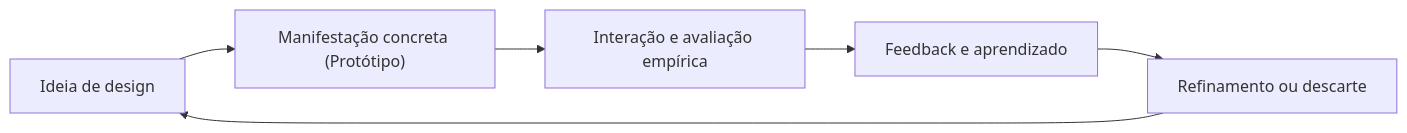
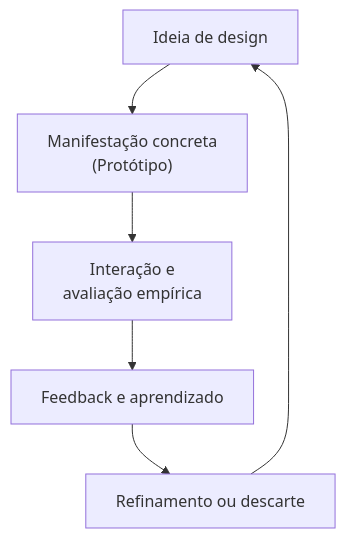
One commit to leorruas/puc changed the first of 3 diagrams in 08. Design de Interacao/13. Prototipagem de sistemas interativos - fidelidade, dimensão, wireframe, mockup e storyboard.md. Above: the diagram before and after it, drawn with Mermaid. The commit also changed other lines of this file and 8 other files, not shown here.

Commit message:
style(mermaid): refactor diagrams to vertical TD flow and add Mermaid guidelines to AGENTS.md

````diff
--- a/08. Design de Interacao/13. Prototipagem de sistemas interativos - fidelidade, dimensão, wireframe, mockup e storyboard.md
+++ b/08. Design de Interacao/13. Prototipagem de sistemas interativos - fidelidade, dimensão, wireframe, mockup e storyboard.md
@@ -44,8 +44,8 @@
 ```mermaid
-graph LR
-    Ideia["Ideia de design"] --> Protótipo["Manifestação concreta (Protótipo)"]
-    Protótipo --> Avaliação["Interação e avaliação empírica"]
+graph TD
+    Ideia["Ideia de design"] --> Protótipo["Manifestação concreta<br>(Protótipo)"]
+    Protótipo --> Avaliação["Interação e<br>avaliação empírica"]
     Avaliação --> Feedback["Feedback e aprendizado"]
     Feedback --> Refinamento["Refinamento ou descarte"]
     Refinamento --> Ideia
 ```
````
